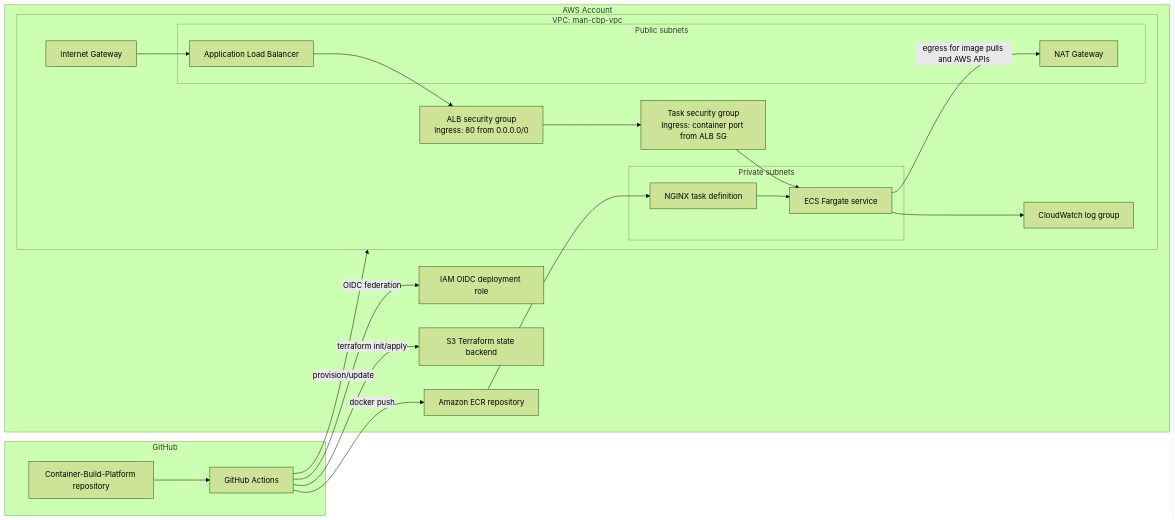
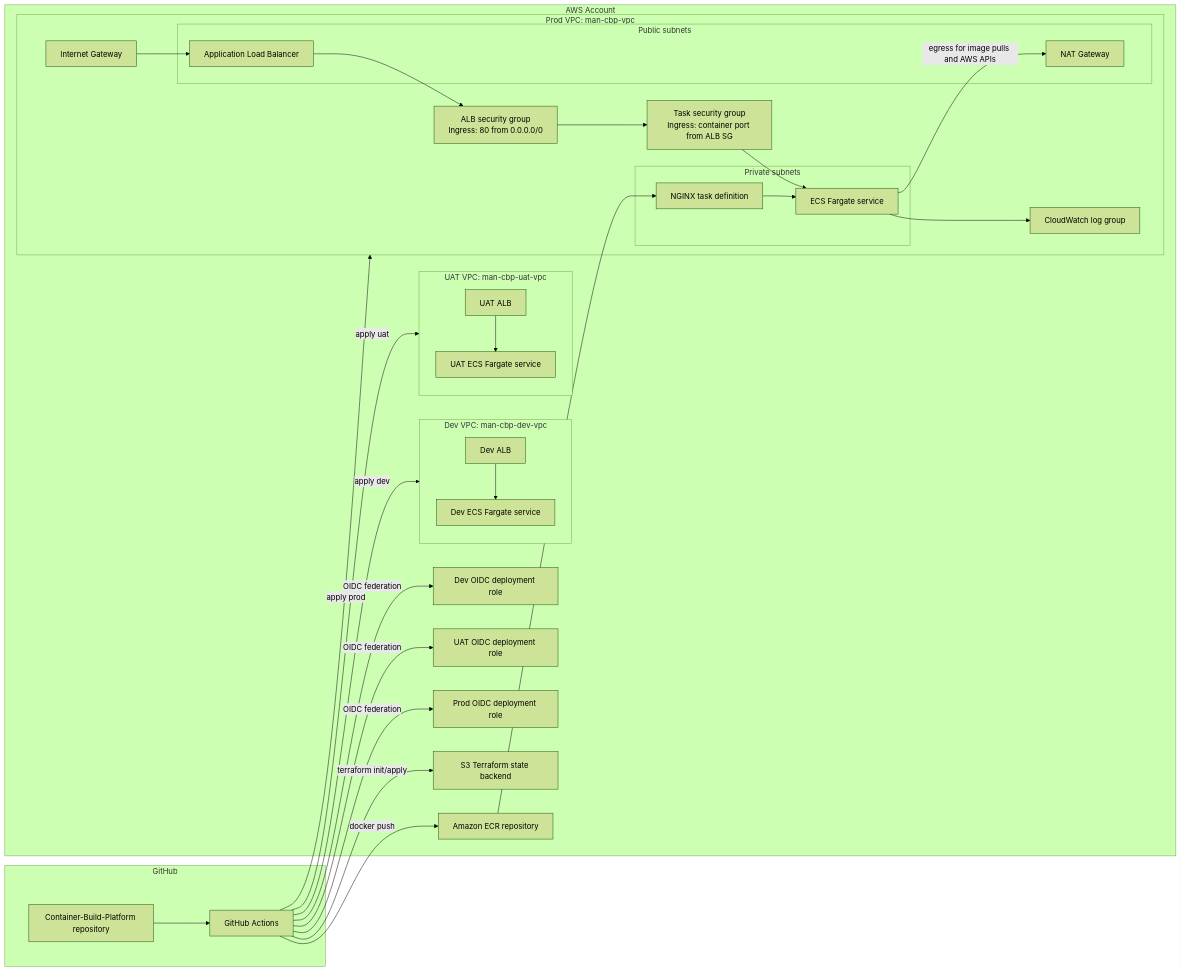
Before and after one commit to danielblakeman10/Container-Build-Platform: the second of 4 diagrams in README.md, drawn with Mermaid (forest theme). The commit also changed other lines of this file, not shown here.

````diff
--- a/README.md
+++ b/README.md
@@ -79,45 +83,63 @@
 ```mermaid
 flowchart LR
     subgraph GitHub["GitHub"]
         Repo[Container-Build-Platform repository]
         Actions[GitHub Actions]
     end
 
     subgraph AWS["AWS Account"]
-        IAMRole[IAM OIDC deployment role]
+        DevRole[Dev OIDC deployment role]
+        UATRole[UAT OIDC deployment role]
+        ProdRole[Prod OIDC deployment role]
         S3[S3 Terraform state backend]
         ECR[Amazon ECR repository]
 
-        subgraph VPC["VPC: man-cbp-vpc"]
+        subgraph DevVPC["Dev VPC: man-cbp-dev-vpc"]
+            DevALB[Dev ALB]
+            DevECS[Dev ECS Fargate service]
+        end
+
+        subgraph UATVPC["UAT VPC: man-cbp-uat-vpc"]
+            UATALB[UAT ALB]
+            UATECS[UAT ECS Fargate service]
+        end
+
+        subgraph ProdVPC["Prod VPC: man-cbp-vpc"]
             IGW[Internet Gateway]
 
             subgraph Public["Public subnets"]
                 ALB[Application Load Balancer]
                 NAT[NAT Gateway]
             end
 
             subgraph Private["Private subnets"]
                 ECS[ECS Fargate service]
                 Task[NGINX task definition]
             end
 
             ALBSG[ALB security group<br/>Ingress: 80 from 0.0.0.0/0]
             TaskSG[Task security group<br/>Ingress: container port from ALB SG]
             Logs[CloudWatch log group]
         end
     end
 
     Repo --> Actions
-    Actions -->|OIDC federation| IAMRole
+    Actions -->|OIDC federation| DevRole
+    Actions -->|OIDC federation| UATRole
+    Actions -->|OIDC federation| ProdRole
     Actions -->|docker push| ECR
     Actions -->|terraform init/apply| S3
-    Actions -->|provision/update| VPC
+    Actions -->|apply dev| DevVPC
+    Actions -->|apply uat| UATVPC
+    Actions -->|apply prod| ProdVPC
+    DevALB --> DevECS
+    UATALB --> UATECS
     IGW --> ALB
     ALB --> ALBSG
     ALBSG --> TaskSG
     TaskSG --> ECS
     ECR --> Task
     Task --> ECS
     ECS --> Logs
     ECS -->|egress for image pulls and AWS APIs| NAT
 ```
````
